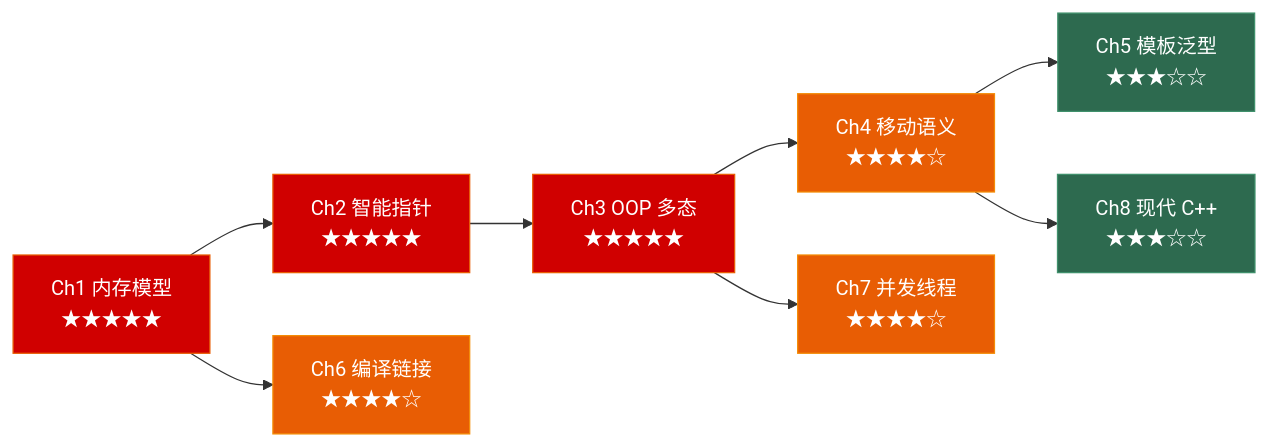
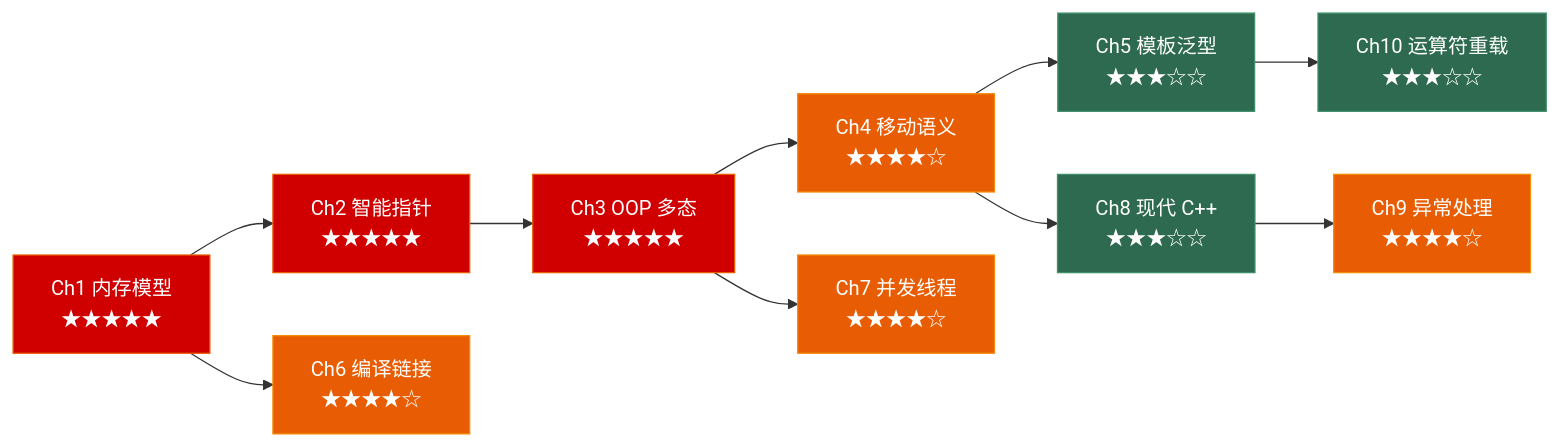
One commit to Lumivers/firefly changed the diagram in src/content/posts/cpp_deep_dive/index.md. Above: the diagram before and after it, drawn with Mermaid. The commit also changed other lines of this file and 3 other files, not shown here.

````diff
--- a/src/content/posts/cpp_deep_dive/index.md
+++ b/src/content/posts/cpp_deep_dive/index.md
@@ -22,26 +22,32 @@
 ```mermaid
 graph LR
     Ch1["Ch1 内存模型\n★★★★★"]
     Ch2["Ch2 智能指针\n★★★★★"]
     Ch3["Ch3 OOP 多态\n★★★★★"]
     Ch4["Ch4 移动语义\n★★★★☆"]
     Ch5["Ch5 模板泛型\n★★★☆☆"]
     Ch6["Ch6 编译链接\n★★★★☆"]
     Ch7["Ch7 并发线程\n★★★★☆"]
     Ch8["Ch8 现代 C++\n★★★☆☆"]
+    Ch9["Ch9 异常处理\n★★★★☆"]
+    Ch10["Ch10 运算符重载\n★★★☆☆"]
 
     Ch1 --> Ch2 --> Ch3 --> Ch4
     Ch4 --> Ch5
+    Ch4 --> Ch8
     Ch1 --> Ch6
     Ch3 --> Ch7
-    Ch4 --> Ch8
+    Ch8 --> Ch9
+    Ch5 --> Ch10
 
     style Ch1 fill:#d00000,stroke:#e85d04,color:white
     style Ch2 fill:#d00000,stroke:#e85d04,color:white
     style Ch3 fill:#d00000,stroke:#e85d04,color:white
     style Ch4 fill:#e85d04,stroke:#f48c06,color:white
     style Ch5 fill:#2d6a4f,stroke:#40916c,color:white
     style Ch6 fill:#e85d04,stroke:#f48c06,color:white
     style Ch7 fill:#e85d04,stroke:#f48c06,color:white
     style Ch8 fill:#2d6a4f,stroke:#40916c,color:white
+    style Ch9 fill:#e85d04,stroke:#f48c06,color:white
+    style Ch10 fill:#2d6a4f,stroke:#40916c,color:white
 ```
````
